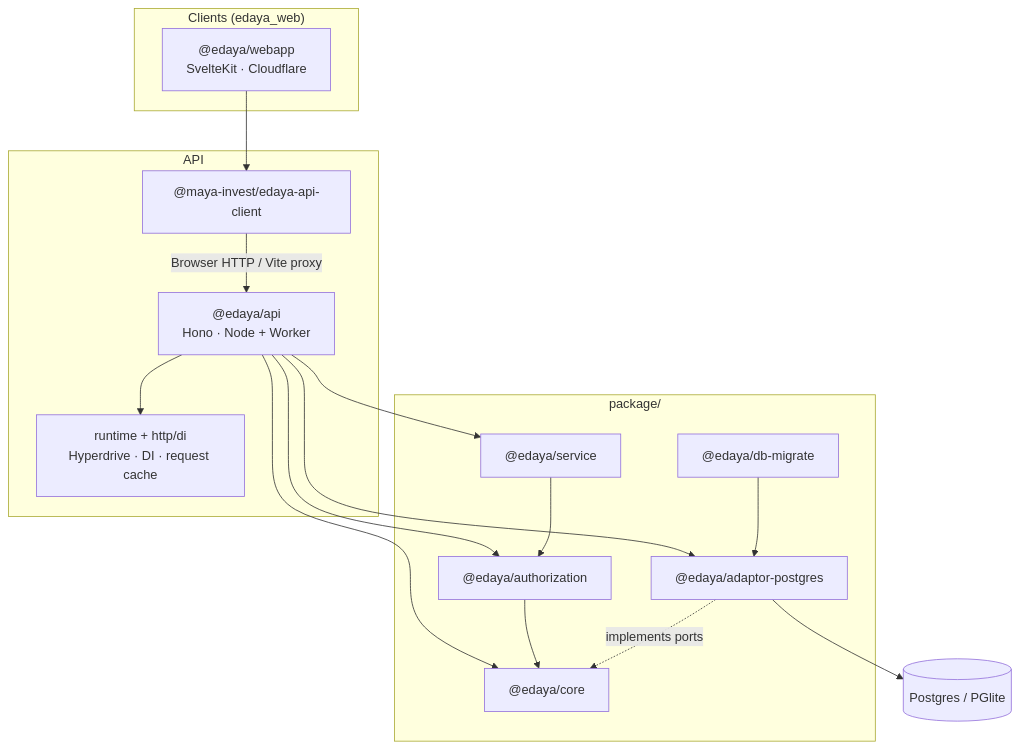
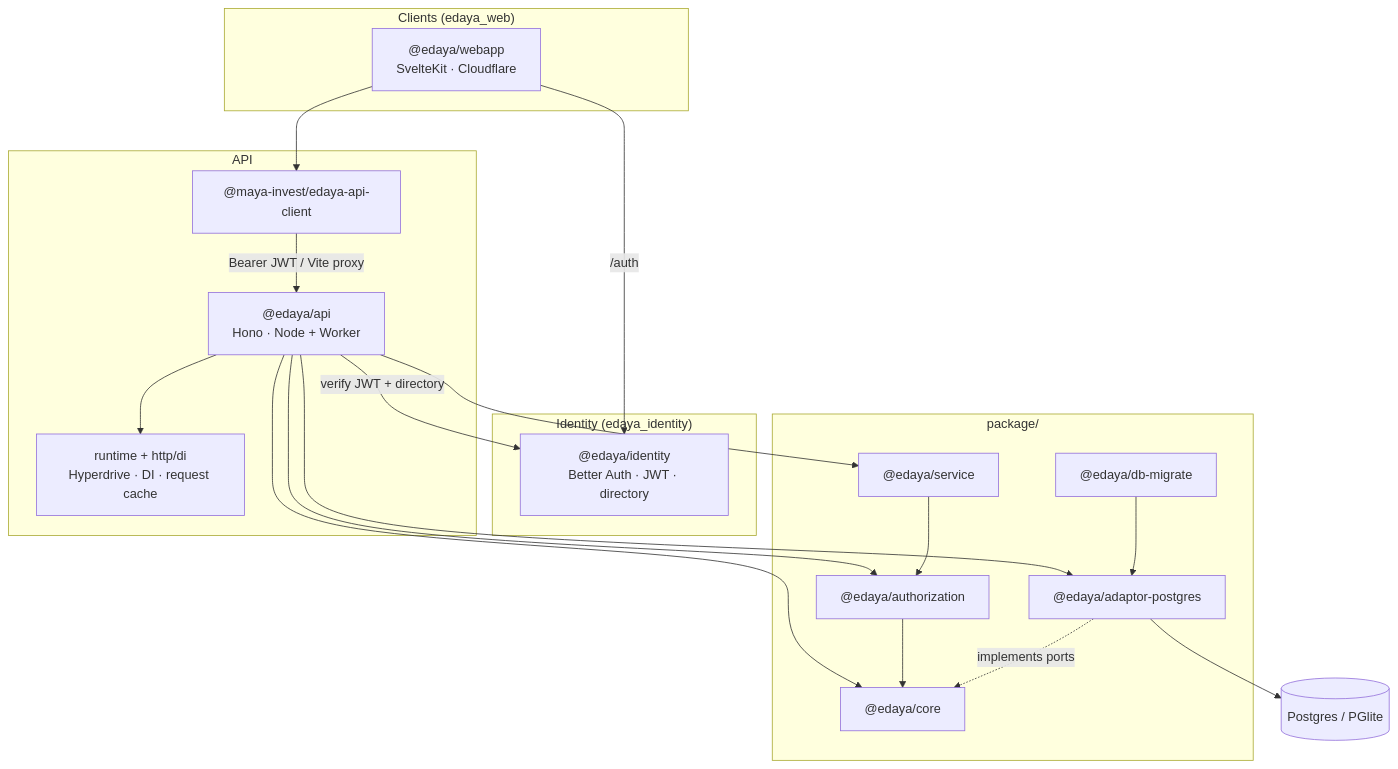
The diagram in README.md (Maya-Invest/edaya_backend), drawn with Mermaid before and after one commit. The commit also changed other lines of this file and 19 other files, not shown here.

````diff
--- a/README.md
+++ b/README.md
@@ -44,33 +44,39 @@
 ```mermaid
 flowchart TB
   subgraph clients["Clients (edaya_web)"]
     Webapp["@edaya/webapp<br/>SvelteKit · Cloudflare"]
+  end
+
+  subgraph identity["Identity (edaya_identity)"]
+    Identity["@edaya/identity<br/>Better Auth · JWT · directory"]
   end
 
   subgraph api_layer["API"]
     API["@edaya/api<br/>Hono · Node + Worker"]
     Client["@maya-invest/edaya-api-client"]
     WorkerHost["runtime + http/di<br/>Hyperdrive · DI · request cache"]
   end
 
   subgraph package["package/"]
     Core["@edaya/core"]
     Authz["@edaya/authorization"]
     Service["@edaya/service"]
     PG["@edaya/adaptor-postgres"]
     DbMigrate["@edaya/db-migrate"]
   end
 
+  Webapp -->|/auth| Identity
   Webapp --> Client
-  Client -->|Browser HTTP / Vite proxy| API
+  Client -->|Bearer JWT / Vite proxy| API
+  API -->|verify JWT + directory| Identity
   API --> WorkerHost
   API --> Service
   API --> Authz
   API --> Core
   API --> PG
   Service --> Authz
   Authz --> Core
   PG -.->|implements ports| Core
   DbMigrate --> PG
   PG --> SchoolDB[(Postgres / PGlite)]
 ```
````
